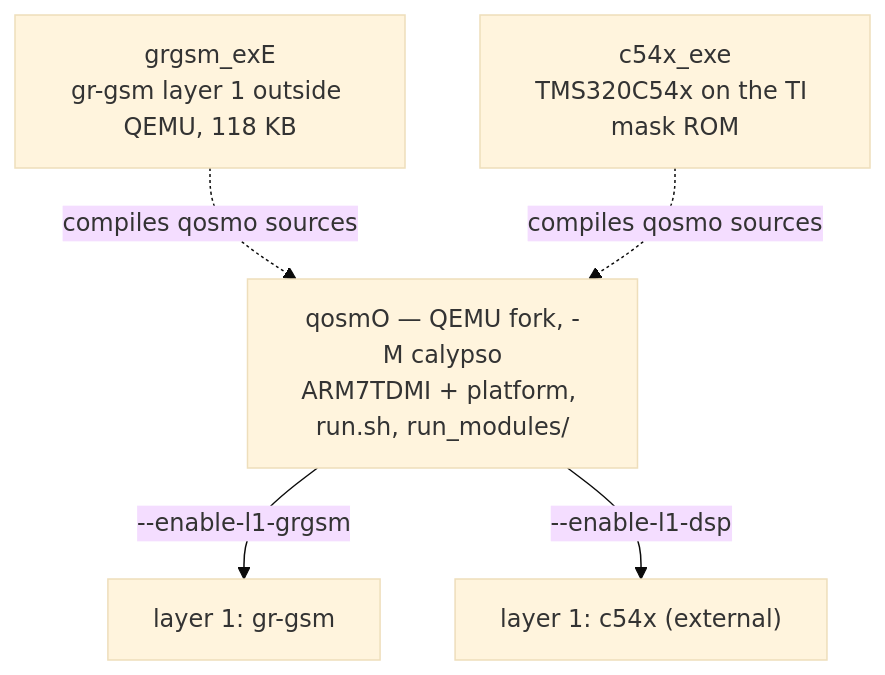
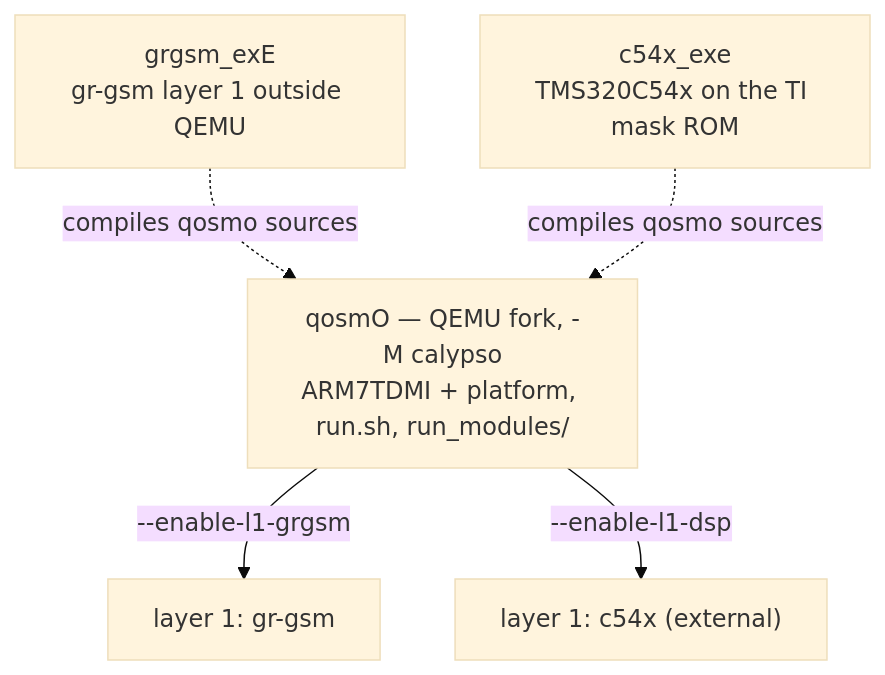
Before and after one commit to bbaranoff/osmo-operator: the first of 2 diagrams in doc/README-grgsm.md, drawn with Mermaid (base theme). The commit also changed other lines of this file and 178 other files, not shown here.

````diff
--- a/doc/README-grgsm.md
+++ b/doc/README-grgsm.md
@@ -30,8 +30,8 @@
 ```mermaid
 flowchart TB
     Q["qosmO — QEMU fork, -M calypso<br/>ARM7TDMI + platform, run.sh, run_modules/"]
     Q -->|--enable-l1-grgsm| G["layer 1: gr-gsm"]
     Q -->|--enable-l1-dsp| D["layer 1: c54x (external)"]
-    GE["grgsm_exE<br/>gr-gsm layer 1 outside QEMU, 118 KB"] -.compiles qosmo sources.-> Q
+    GE["grgsm_exE<br/>gr-gsm layer 1 outside QEMU"] -.compiles qosmo sources.-> Q
     CE["c54x_exe<br/>TMS320C54x on the TI mask ROM"] -.compiles qosmo sources.-> Q
 ```
````
